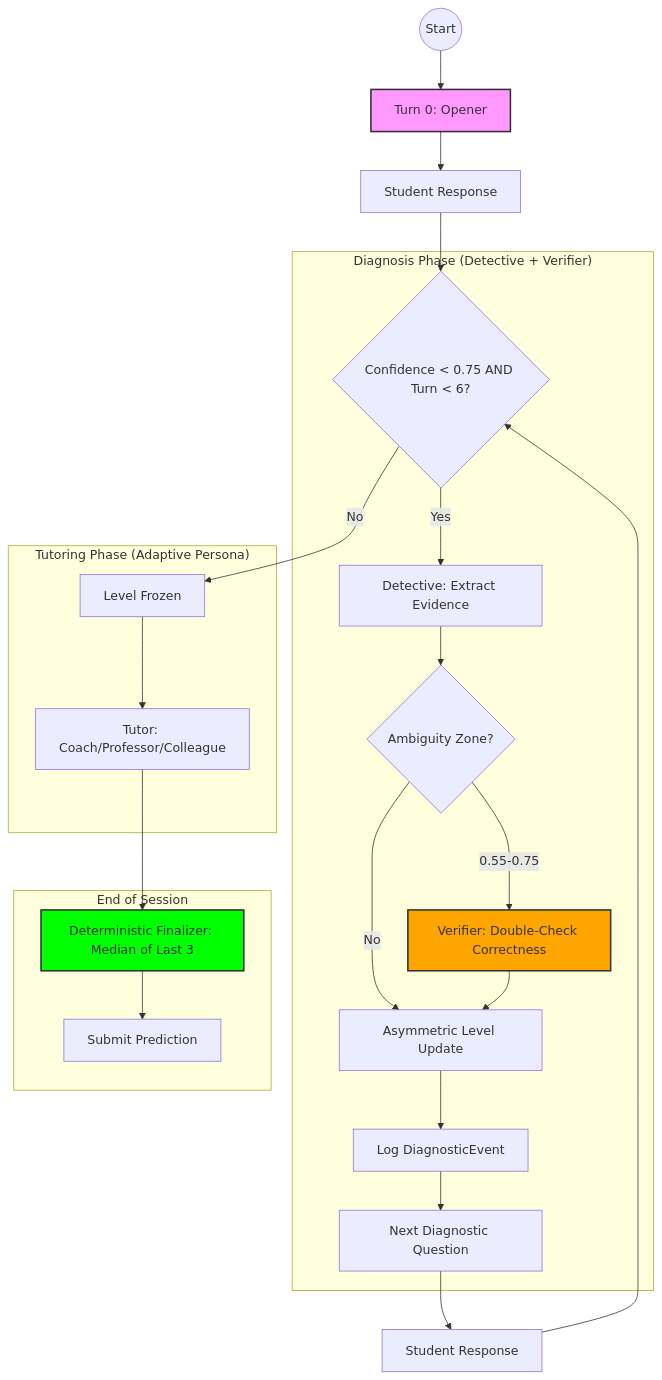
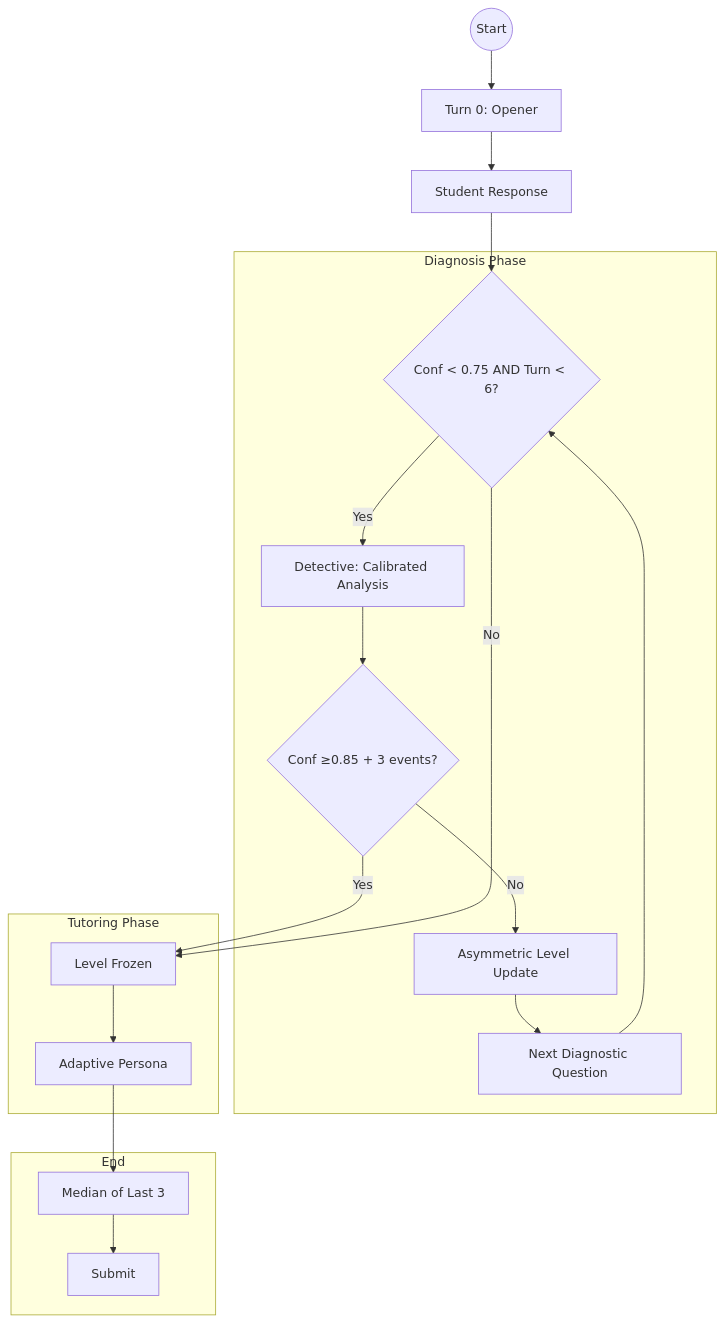
One commit to yahyanaveed10/AI-Tutor-Team-Unknown- changed the diagram in docs/STRATEGY.md. Above: the diagram before and after it, drawn with Mermaid. The commit also changed other lines of this file and 3 other files, not shown here.

````diff
--- a/docs/STRATEGY.md
+++ b/docs/STRATEGY.md
@@ -17,45 +15,36 @@
 ```mermaid
 graph TD
     Start((Start)) --> Opener[Turn 0: Opener]
     Opener --> StudentResponse1[Student Response]
     
-    subgraph "Diagnosis Phase (Detective + Verifier)"
-    Diagnosis{Confidence < 0.75 AND Turn < 6?}
-    Analyze[Detective: Extract Evidence]
-    Verify{Ambiguity Zone?}
-    Verifier[Verifier: Double-Check Correctness]
+    subgraph "Diagnosis Phase"
+    Diagnosis{Conf < 0.75 AND Turn < 6?}
+    Analyze[Detective: Calibrated Analysis]
+    EarlyExit{Conf ≥0.85 + 3 events?}
     Asymmetric[Asymmetric Level Update]
-    LogEvent[Log DiagnosticEvent]
     NextDiag[Next Diagnostic Question]
     end
     
-    subgraph "Tutoring Phase (Adaptive Persona)"
+    subgraph "Tutoring Phase"
     Freeze[Level Frozen]
-    Tutor[Tutor: Coach/Professor/Colleague]
+    Tutor[Adaptive Persona]
     end
     
-    subgraph "End of Session"
-    Finalizer[Deterministic Finalizer: Median of Last 3]
-    Submit[Submit Prediction]
+    subgraph "End"
+    Finalizer[Median of Last 3]
+    Submit[Submit]
     end
     
     StudentResponse1 --> Diagnosis
     Diagnosis -- "Yes" --> Analyze
-    Analyze --> Verify
-    Verify -- "0.55-0.75" --> Verifier
-    Verify -- "No" --> Asymmetric
-    Verifier --> Asymmetric
-    Asymmetric --> LogEvent
-    LogEvent --> NextDiag
-    NextDiag --> StudentMsg[Student Response]
-    StudentMsg --> Diagnosis
+    Analyze --> EarlyExit
+    EarlyExit -- "Yes" --> Freeze
+    EarlyExit -- "No" --> Asymmetric
+    Asymmetric --> NextDiag
+    NextDiag --> Diagnosis
     
     Diagnosis -- "No" --> Freeze
     Freeze --> Tutor
     Tutor --> Finalizer
     Finalizer --> Submit
-    
-    style Opener fill:#f9f,stroke:#333,stroke-width:2px
-    style Verifier fill:#ffa500,stroke:#333,stroke-width:2px
-    style Finalizer fill:#00ff00,stroke:#333,stroke-width:2px
 ```
````
